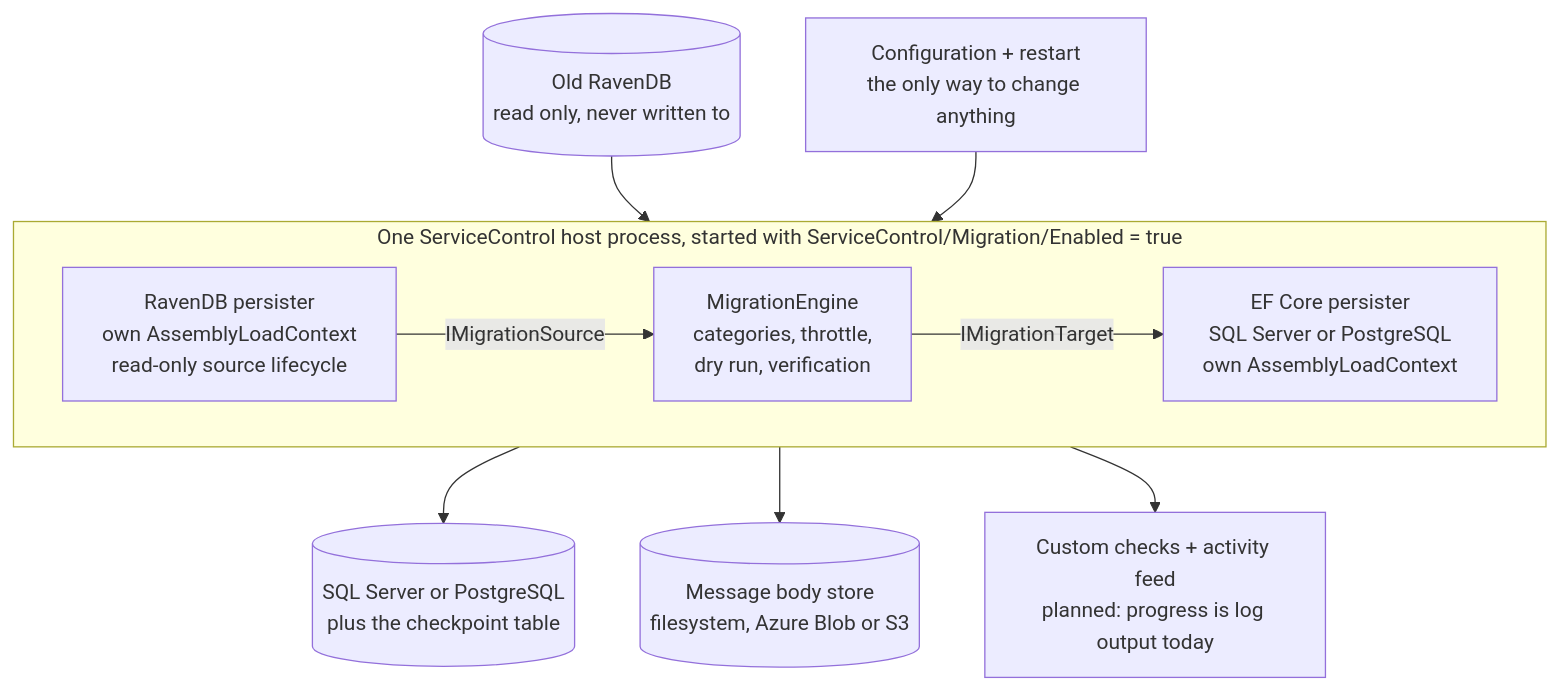
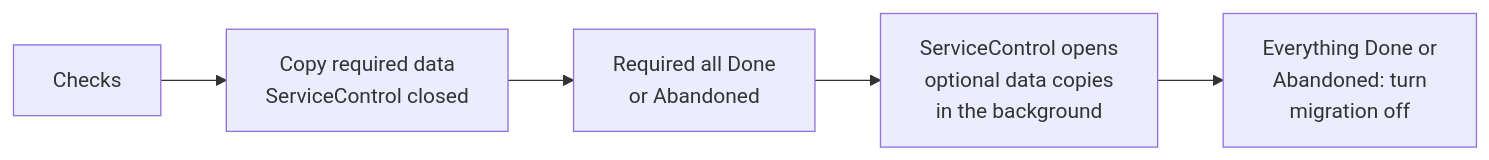
The first of 5 diagrams in docs/migration/ravendb-to-sql-migration-overview.md (Particular/ServiceControl), drawn with Mermaid before and after one commit. The commit also changed other lines of this file and 62 other files, not shown here.

````diff
--- a/docs/migration/ravendb-to-sql-migration-overview.md
+++ b/docs/migration/ravendb-to-sql-migration-overview.md
@@ -101,24 +25,6 @@
 ```mermaid
-flowchart TB
-    cfg["Configuration + restart<br/>the only way to change anything"]
-    checks["Custom checks + activity feed<br/>planned: progress is log output today"]
-
-    subgraph host["One ServiceControl host process, started with ServiceControl/Migration/Enabled = true"]
-        direction LR
-        raven["RavenDB persister<br/>own AssemblyLoadContext<br/>read-only source lifecycle"]
-        engine["MigrationEngine<br/>categories, throttle,<br/>dry run, verification"]
-        target["EF Core persister<br/>SQL Server or PostgreSQL<br/>own AssemblyLoadContext"]
-        raven -->|"IMigrationSource"| engine
-        engine -->|"IMigrationTarget"| target
-    end
-
-    old[("Old RavenDB<br/>read only, never written to")]
-    sql[("SQL Server or PostgreSQL<br/>plus the checkpoint table")]
-    bodies[("Message body store<br/>filesystem, Azure Blob or S3")]
-
-    cfg --> host
-    host --> checks
-    old --> raven
-    target --> sql
-    target --> bodies
+flowchart LR
+    A["Checks"] --> B["Copy required data<br/>ServiceControl closed"]
+    B --> V["Required all Done<br/>or Abandoned"] --> C["ServiceControl opens<br/>optional data copies<br/>in the background"]
+    C --> D["Everything Done or<br/>Abandoned: turn<br/>migration off"]
 ```
````
